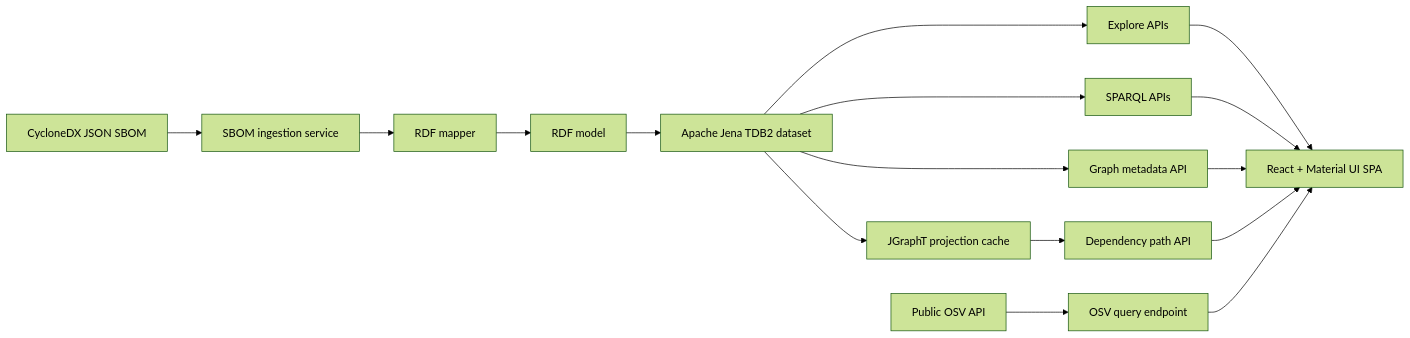
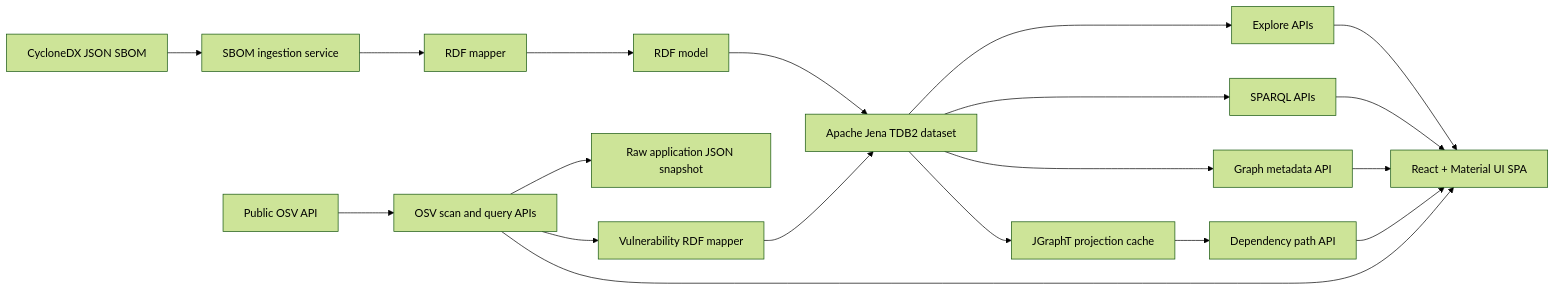
The diagram in README.md (pkjPathania/dependency-risk-graph), drawn with Mermaid (forest theme) before and after one commit. The commit also changed other lines of this file, not shown here.

````diff
--- a/README.md
+++ b/README.md
@@ -26,18 +29,21 @@
 ```mermaid
 flowchart LR
     SBOM[CycloneDX JSON SBOM] --> Ingest[SBOM ingestion service]
     Ingest --> Mapper[RDF mapper]
     Mapper --> RDF[RDF model]
     RDF --> Jena[Apache Jena TDB2 dataset]
     Jena --> Explore[Explore APIs]
     Jena --> Sparql[SPARQL APIs]
     Jena --> Metadata[Graph metadata API]
     Jena --> Index[JGraphT projection cache]
     Index --> Path[Dependency path API]
     Explore --> UI[React + Material UI SPA]
     Sparql --> UI
     Metadata --> UI
     Path --> UI
-    OSV[Public OSV API] --> Osv[OSV query endpoint]
+    OSV[Public OSV API] --> Osv[OSV scan and query APIs]
+    Osv --> Snapshot[Raw application JSON snapshot]
+    Osv --> VulnMap[Vulnerability RDF mapper]
+    VulnMap --> Jena
     Osv --> UI
 ```
````
